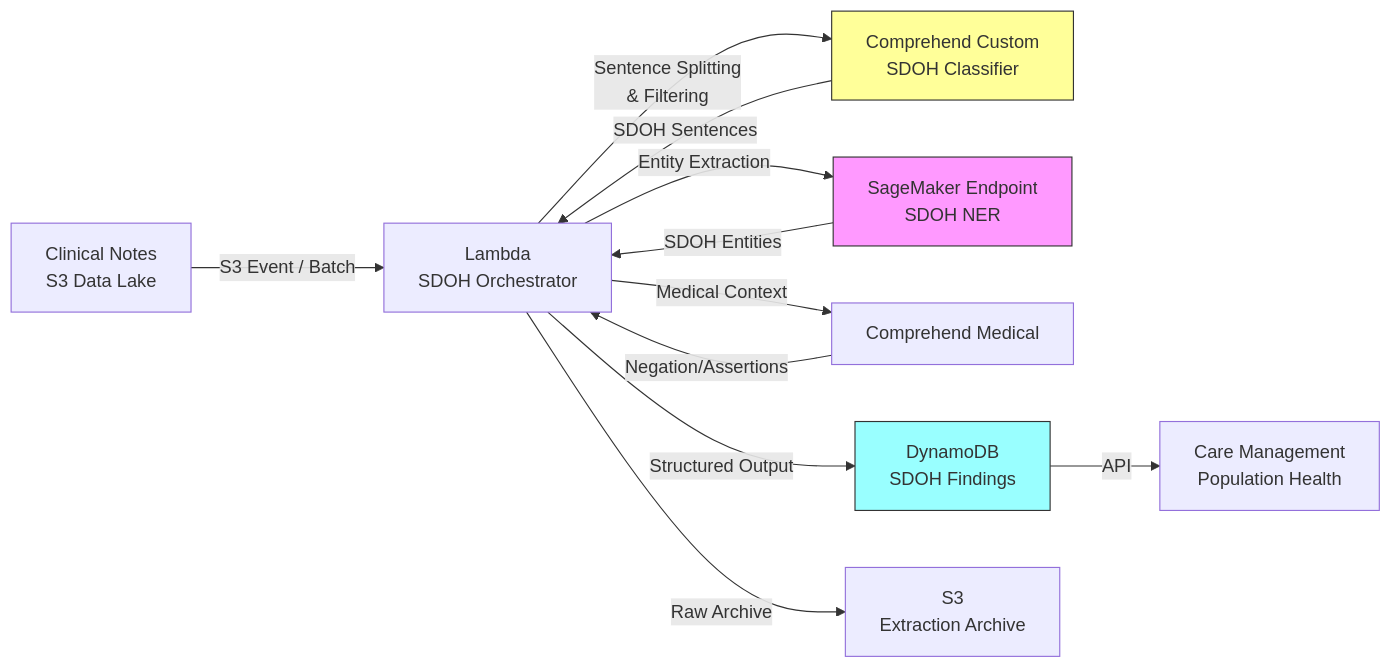
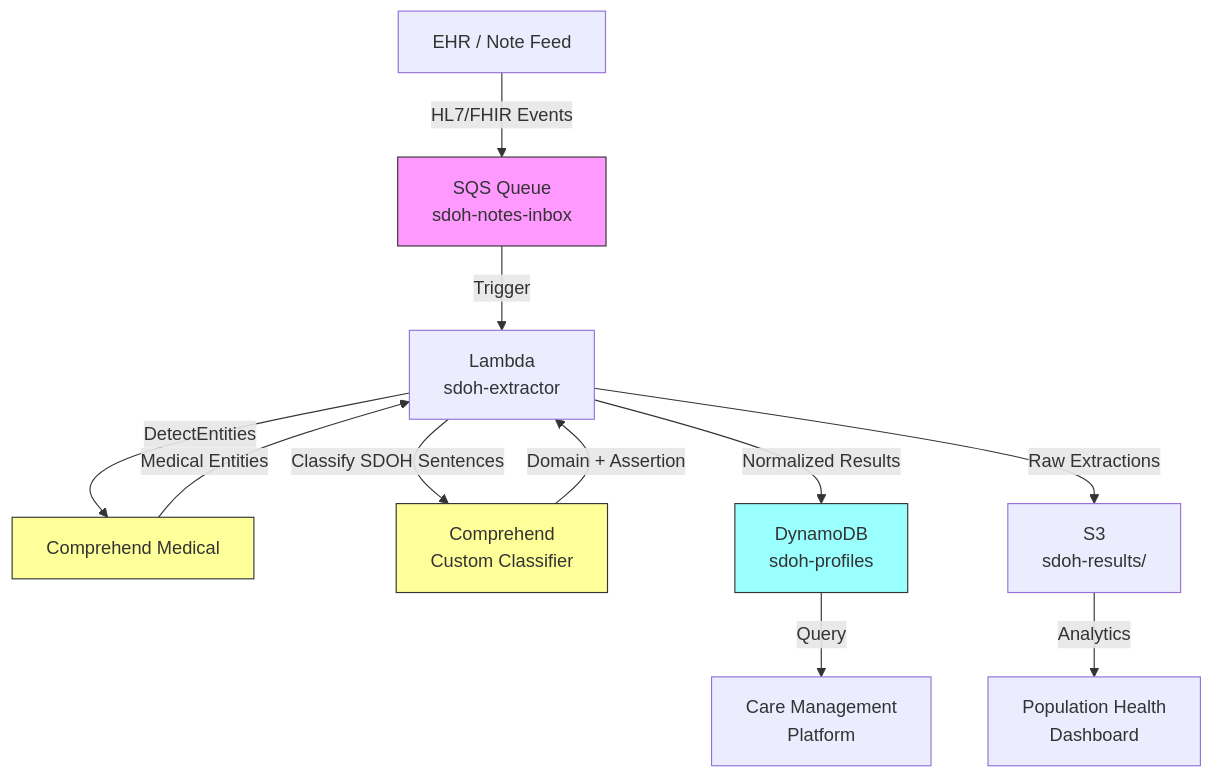
Before and after one commit to ccrngd1/HCLS-ai-book: the diagram in chapter08.06-sdoh-extraction.md, drawn with Mermaid. The commit also changed other lines of this file and 3 other files, not shown here.

````diff
--- a/chapter08.06-sdoh-extraction.md
+++ b/chapter08.06-sdoh-extraction.md
@@ -107,17 +116,18 @@
 ```mermaid
-flowchart LR
-    A[Clinical Notes\nS3 Data Lake] -->|S3 Event / Batch| B[Lambda\nSDOH Orchestrator]
-    B -->|Sentence Splitting\n& Filtering| C[Comprehend Custom\nSDOH Classifier]
-    C -->|SDOH Sentences| B
-    B -->|Entity Extraction| D[SageMaker Endpoint\nSDOH NER]
-    B -->|Medical Context| E[Comprehend Medical]
-    D -->|SDOH Entities| B
-    E -->|Negation/Assertions| B
-    B -->|Structured Output| F[DynamoDB\nSDOH Findings]
-    B -->|Raw Archive| G[S3\nExtraction Archive]
-    F -->|API| H[Care Management\nPopulation Health]
+flowchart TD
+    A[EHR / Note Feed] -->|HL7/FHIR Events| B[SQS Queue\nsdoh-notes-inbox]
+    B -->|Trigger| C[Lambda\nsdoh-extractor]
+    C -->|DetectEntities| D[Comprehend Medical]
+    D -->|Medical Entities| C
+    C -->|Classify SDOH Sentences| E[Comprehend\nCustom Classifier]
+    E -->|Domain + Assertion| C
+    C -->|Normalized Results| F[DynamoDB\nsdoh-profiles]
+    C -->|Raw Extractions| G[S3\nsdoh-results/]
+    F -->|Query| H[Care Management\nPlatform]
+    G -->|Analytics| I[Population Health\nDashboard]
 
-    style C fill:#ff9,stroke:#333
-    style D fill:#f9f,stroke:#333
+    style B fill:#f9f,stroke:#333
+    style D fill:#ff9,stroke:#333
+    style E fill:#ff9,stroke:#333
     style F fill:#9ff,stroke:#333
 ```
````
